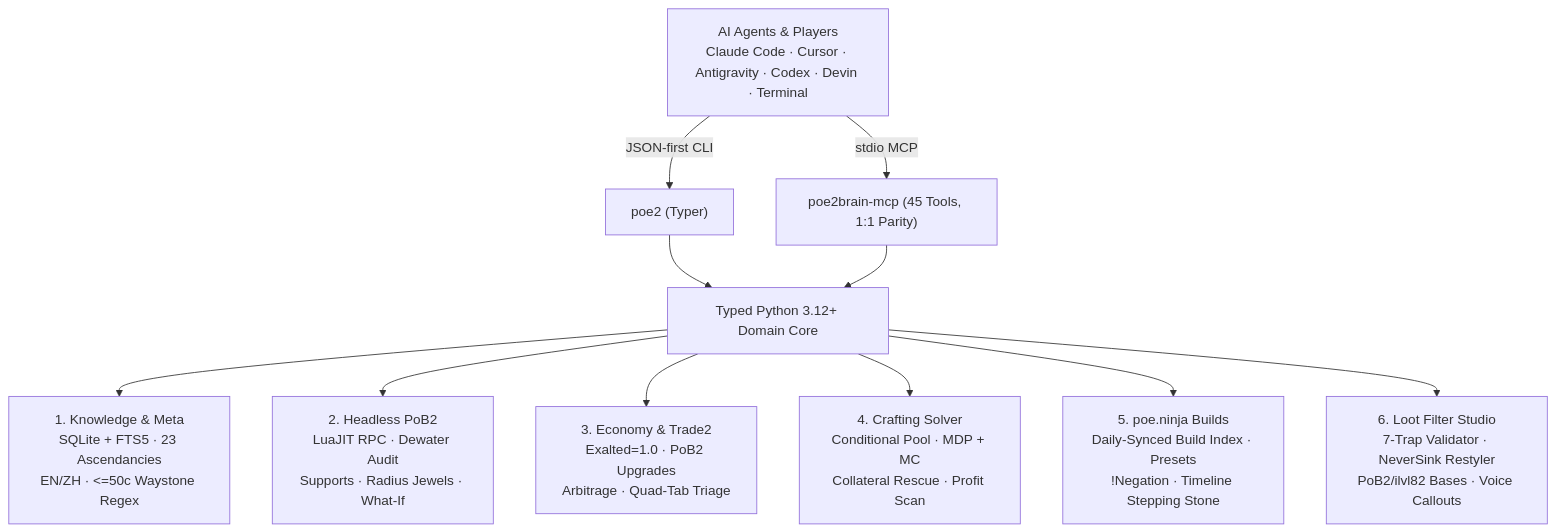
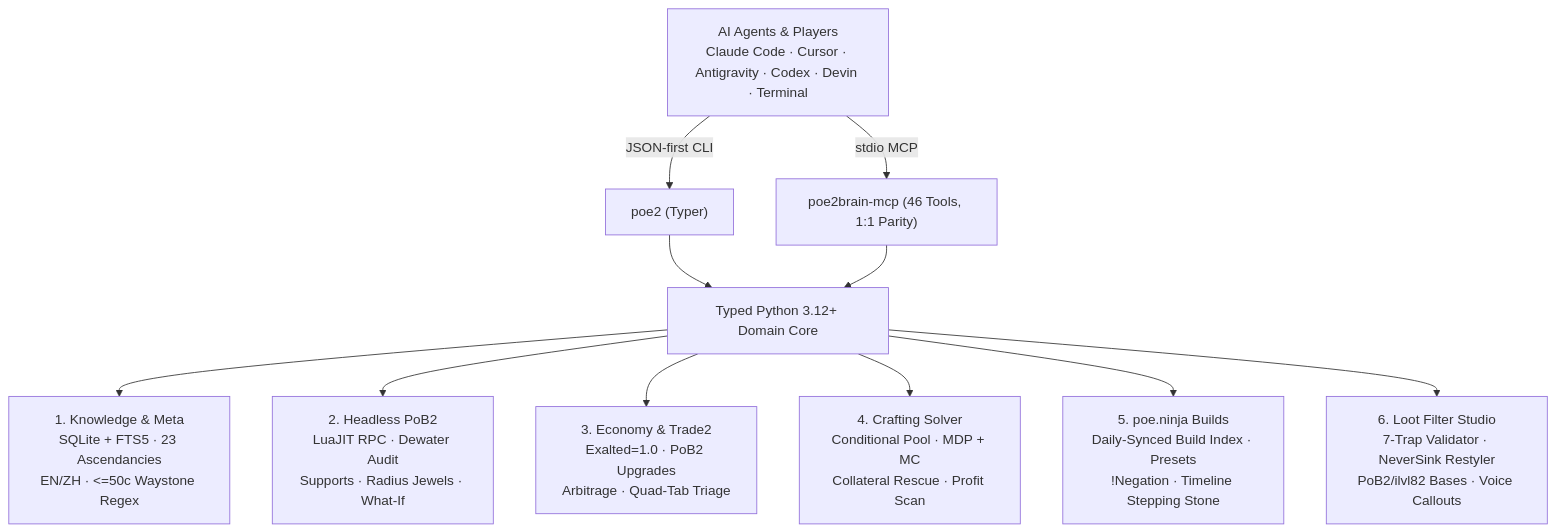
The diagram in README.md (lifan-builds/poe2brain), drawn with Mermaid before and after one commit. The commit also changed other lines of this file and 30 other files, not shown here.

````diff
--- a/README.md
+++ b/README.md
@@ -136,15 +138,15 @@
 ```mermaid
 flowchart TB
     A["AI Agents & Players<br/>Claude Code · Cursor · Antigravity · Codex · Devin · Terminal"]
     A -->|JSON-first CLI| CLI["poe2 (Typer)"]
-    A -->|stdio MCP| MCP["poe2brain-mcp (45 Tools, 1:1 Parity)"]
+    A -->|stdio MCP| MCP["poe2brain-mcp (46 Tools, 1:1 Parity)"]
     CLI --> CORE["Typed Python 3.12+ Domain Core"]
     MCP --> CORE
 
     CORE --> P1["1. Knowledge & Meta<br/>SQLite + FTS5 · 23 Ascendancies<br/>EN/ZH · <=50c Waystone Regex"]
     CORE --> P2["2. Headless PoB2<br/>LuaJIT RPC · Dewater Audit<br/>Supports · Radius Jewels · What-If"]
     CORE --> P3["3. Economy & Trade2<br/>Exalted=1.0 · PoB2 Upgrades<br/>Arbitrage · Quad-Tab Triage"]
     CORE --> P4["4. Crafting Solver<br/>Conditional Pool · MDP + MC<br/>Collateral Rescue · Profit Scan"]
     CORE --> P5["5. poe.ninja Builds<br/>Daily-Synced Build Index · Presets<br/>!Negation · Timeline Stepping Stone"]
     CORE --> P6["6. Loot Filter Studio<br/>7-Trap Validator · NeverSink Restyler<br/>PoB2/ilvl82 Bases · Voice Callouts"]
 ```
````
